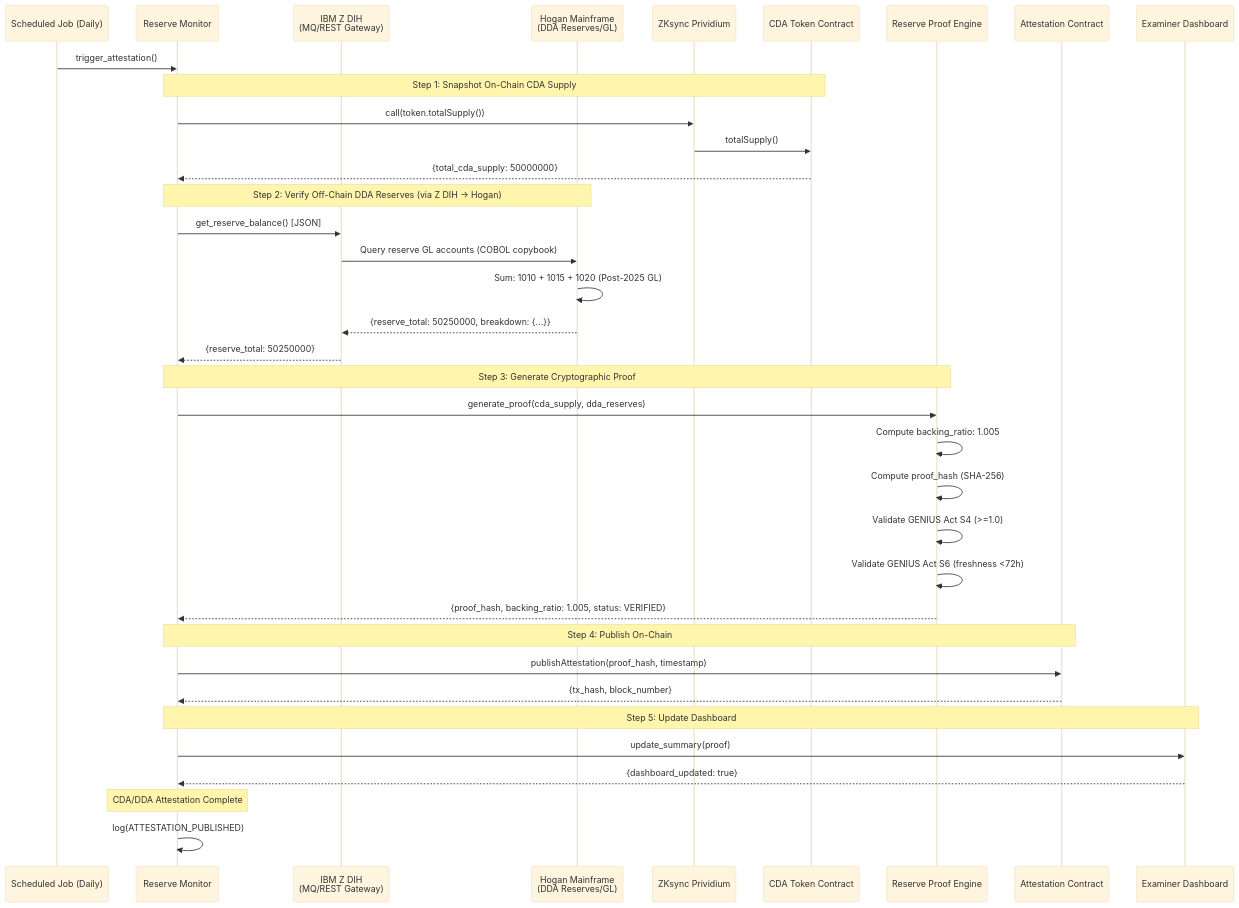
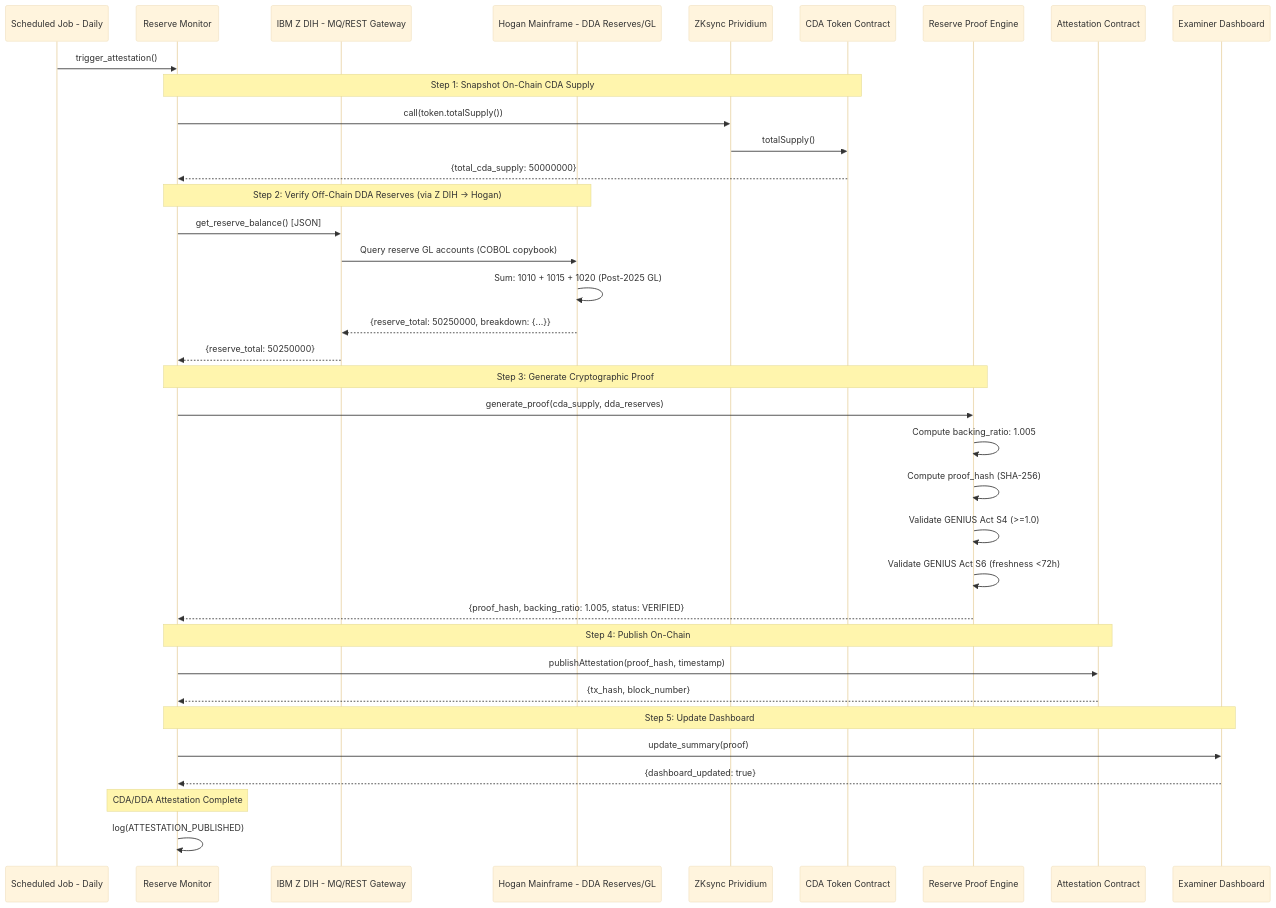
The fifth of 7 diagrams in arb_package/end_to_end_flows.md (jnodes/tokenized-deposits), drawn with Mermaid (base theme) before and after one commit. The commit also changed other lines of this file and 6 other files, not shown here.

Commit message:
fix: repair Mermaid diagram syntax for GitHub rendering — quote special chars, remove em-dashes, fix participant labels

````diff
--- a/arb_package/end_to_end_flows.md
+++ b/arb_package/end_to_end_flows.md
@@ -241,45 +241,45 @@
 ```mermaid
 sequenceDiagram
-    participant CRON as Scheduled Job (Daily)
+    participant CRON as Scheduled Job - Daily
     participant RESERVE as Reserve Monitor
-    participant ZDIH as IBM Z DIH<br/>(MQ/REST Gateway)
-    participant HOGAN as Hogan Mainframe<br/>(DDA Reserves/GL)
+    participant ZDIH as IBM Z DIH - MQ/REST Gateway
+    participant HOGAN as Hogan Mainframe - DDA Reserves/GL
     participant BC as ZKsync Prividium
     participant TOKEN as CDA Token Contract
     participant PROOF as Reserve Proof Engine
     participant ATTEST as Attestation Contract
     participant EXAM as Examiner Dashboard
 
     CRON->>RESERVE: trigger_attestation()
 
     Note over RESERVE,TOKEN: Step 1: Snapshot On-Chain CDA Supply
     RESERVE->>BC: call(token.totalSupply())
     BC->>TOKEN: totalSupply()
     TOKEN-->>RESERVE: {total_cda_supply: 50000000}
 
     Note over RESERVE,HOGAN: Step 2: Verify Off-Chain DDA Reserves (via Z DIH -> Hogan)
     RESERVE->>ZDIH: get_reserve_balance() [JSON]
     ZDIH->>HOGAN: Query reserve GL accounts (COBOL copybook)
     HOGAN->>HOGAN: Sum: 1010 + 1015 + 1020 (Post-2025 GL)
     HOGAN-->>ZDIH: {reserve_total: 50250000, breakdown: {...}}
     ZDIH-->>RESERVE: {reserve_total: 50250000}
 
     Note over RESERVE,PROOF: Step 3: Generate Cryptographic Proof
     RESERVE->>PROOF: generate_proof(cda_supply, dda_reserves)
     PROOF->>PROOF: Compute backing_ratio: 1.005
     PROOF->>PROOF: Compute proof_hash (SHA-256)
     PROOF->>PROOF: Validate GENIUS Act S4 (>=1.0)
     PROOF->>PROOF: Validate GENIUS Act S6 (freshness <72h)
     PROOF-->>RESERVE: {proof_hash, backing_ratio: 1.005, status: VERIFIED}
 
     Note over RESERVE,ATTEST: Step 4: Publish On-Chain
     RESERVE->>ATTEST: publishAttestation(proof_hash, timestamp)
     ATTEST-->>RESERVE: {tx_hash, block_number}
 
     Note over RESERVE,EXAM: Step 5: Update Dashboard
     RESERVE->>EXAM: update_summary(proof)
     EXAM-->>RESERVE: {dashboard_updated: true}
 
     Note over RESERVE: CDA/DDA Attestation Complete
     RESERVE->>RESERVE: log(ATTESTATION_PUBLISHED)
 ```
````
